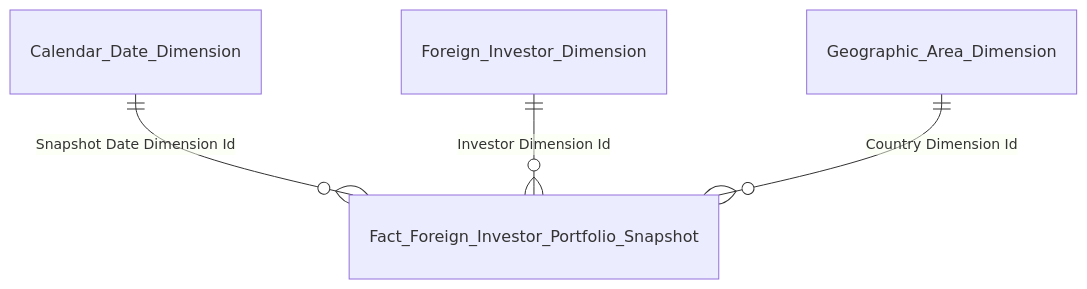
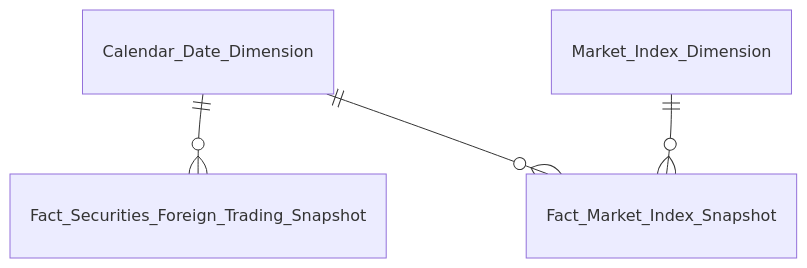
Before and after one commit to linhlvit/ubck_atomic_design: the third of 3 diagrams in Datamart/hld/DTM_NDTNN_Entities.md, drawn with Mermaid. The commit also changed other lines of this file and 62 other files, not shown here.

````diff
--- a/Datamart/hld/DTM_NDTNN_Entities.md
+++ b/Datamart/hld/DTM_NDTNN_Entities.md
@@ -75,6 +49,6 @@
 ```mermaid
 erDiagram
-    Calendar_Date_Dimension ||--o{ Fact_Foreign_Investor_Portfolio_Snapshot : "Snapshot Date Dimension Id"
-    Foreign_Investor_Dimension ||--o{ Fact_Foreign_Investor_Portfolio_Snapshot : "Investor Dimension Id"
-    Geographic_Area_Dimension ||--o{ Fact_Foreign_Investor_Portfolio_Snapshot : "Country Dimension Id"
+    Calendar_Date_Dimension ||--o{ Fact_Securities_Foreign_Trading_Snapshot : " "
+    Calendar_Date_Dimension ||--o{ Fact_Market_Index_Snapshot : " "
+    Market_Index_Dimension ||--o{ Fact_Market_Index_Snapshot : " "
 ```
````
